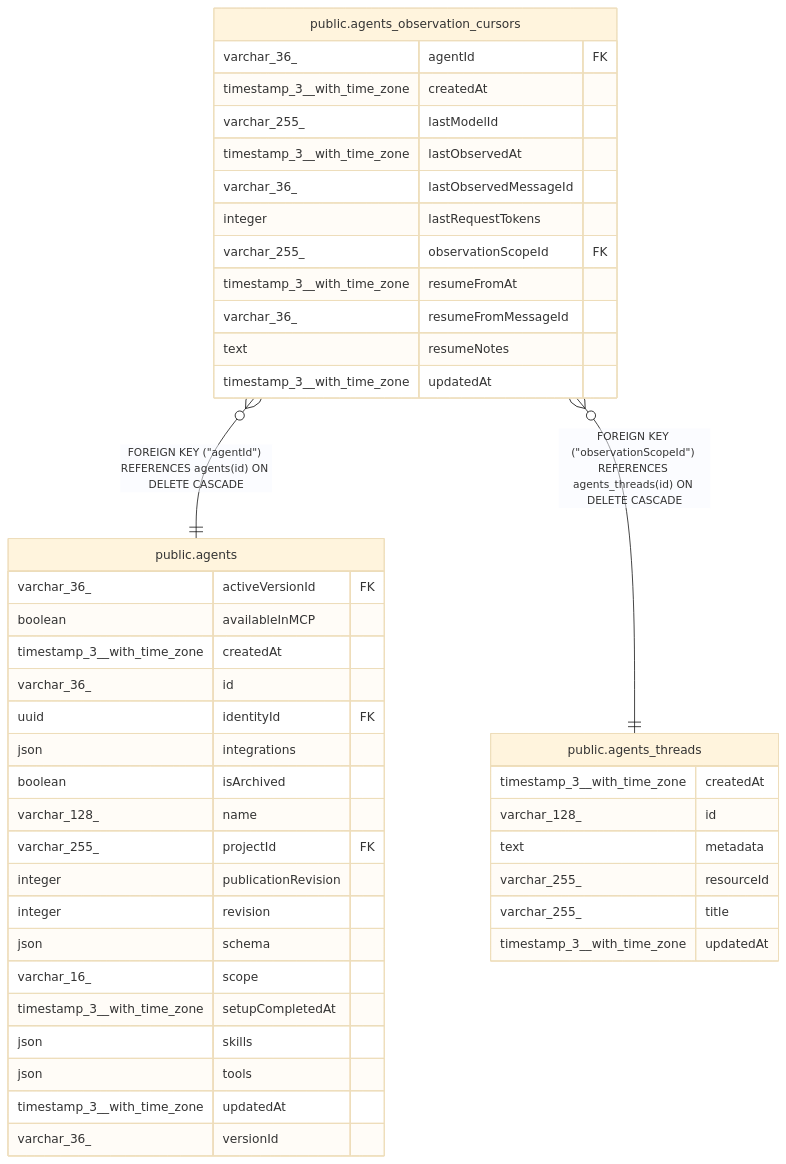
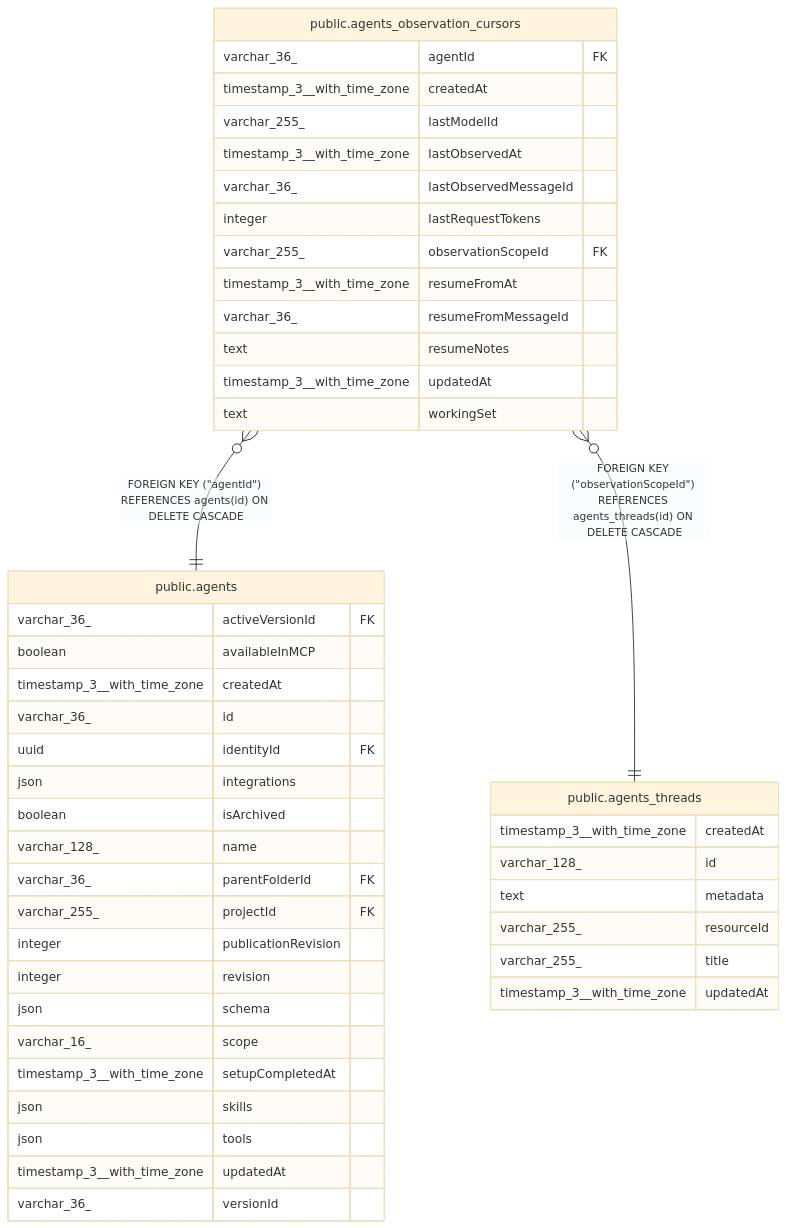
Before and after one commit to koreatest12/studys: the diagram in n8n_integration/n8n_source/docs/generated/postgres-schema/public.agents_observation_cursors.md, drawn with Mermaid (base theme). The commit also changed other lines of this file and 3763 other files, not shown here.

````diff
--- a/n8n_integration/n8n_source/docs/generated/postgres-schema/public.agents_observation_cursors.md
+++ b/n8n_integration/n8n_source/docs/generated/postgres-schema/public.agents_observation_cursors.md
@@ -42,48 +43,50 @@
 ```mermaid
 erDiagram
 
 "public.agents_observation_cursors" }o--|| "public.agents" : "FOREIGN KEY (#quot;agentId#quot;) REFERENCES agents(id) ON DELETE CASCADE"
 "public.agents_observation_cursors" }o--|| "public.agents_threads" : "FOREIGN KEY (#quot;observationScopeId#quot;) REFERENCES agents_threads(id) ON DELETE CASCADE"
 
 "public.agents_observation_cursors" {
   varchar_36_ agentId FK
   timestamp_3__with_time_zone createdAt
   varchar_255_ lastModelId
   timestamp_3__with_time_zone lastObservedAt
   varchar_36_ lastObservedMessageId
   integer lastRequestTokens
   varchar_255_ observationScopeId FK
   timestamp_3__with_time_zone resumeFromAt
   varchar_36_ resumeFromMessageId
   text resumeNotes
   timestamp_3__with_time_zone updatedAt
+  text workingSet
 }
 "public.agents" {
   varchar_36_ activeVersionId FK
   boolean availableInMCP
   timestamp_3__with_time_zone createdAt
   varchar_36_ id
   uuid identityId FK
   json integrations
   boolean isArchived
   varchar_128_ name
+  varchar_36_ parentFolderId FK
   varchar_255_ projectId FK
   integer publicationRevision
   integer revision
   json schema
   varchar_16_ scope
   timestamp_3__with_time_zone setupCompletedAt
   json skills
   json tools
   timestamp_3__with_time_zone updatedAt
   varchar_36_ versionId
 }
 "public.agents_threads" {
   timestamp_3__with_time_zone createdAt
   varchar_128_ id
   text metadata
   varchar_255_ resourceId
   varchar_255_ title
   timestamp_3__with_time_zone updatedAt
 }
 ```
````
